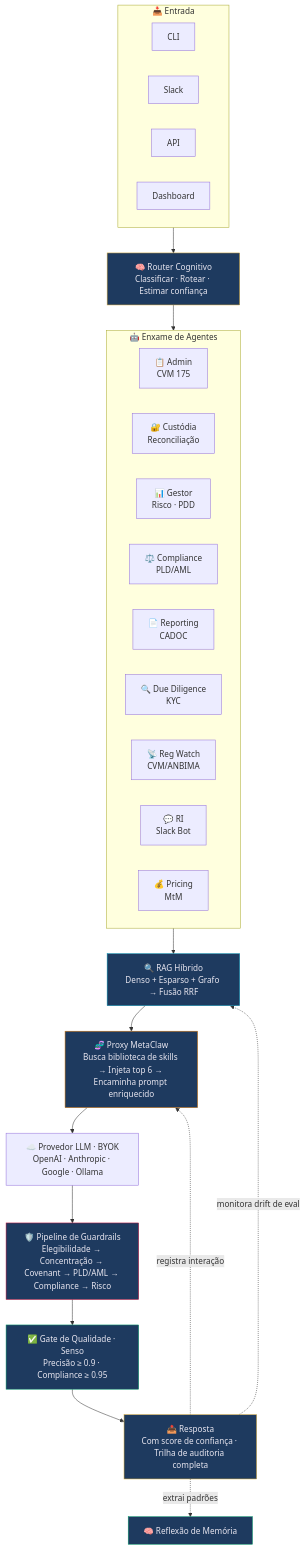
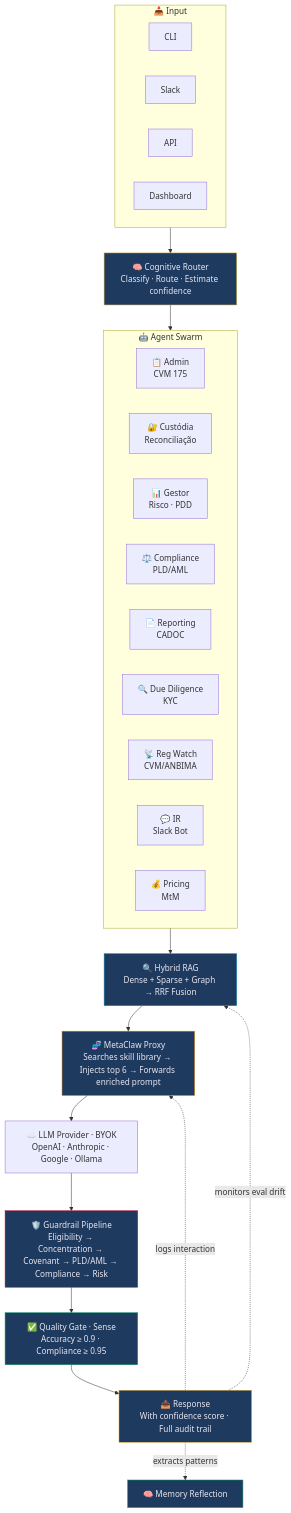
One commit to juboyy/paganini-aios changed the first of 3 diagrams in README.pt-BR.md. Above: the diagram before and after it, drawn with Mermaid. The commit also changed other lines of this file and 61 other files, not shown here.

````diff
--- a/README.pt-BR.md
+++ b/README.pt-BR.md
@@ -102,52 +101,52 @@
 ```mermaid
 flowchart TD
-    subgraph INPUT["📥 Entrada"]
+    subgraph INPUT["📥 Input"]
         CLI["CLI"] & Slack["Slack"] & API["API"] & Dash["Dashboard"]
     end
 
     INPUT --> Router
 
-    Router["🧠 Router Cognitivo\nClassificar · Rotear · Estimar confiança"]
+    Router["🧠 Cognitive Router\nClassify · Route · Estimate confidence"]
 
     Router --> Agents
 
-    subgraph Agents["🤖 Enxame de Agentes"]
+    subgraph Agents["🤖 Agent Swarm"]
         A1["📋 Admin\nCVM 175"] & A2["🔐 Custódia\nReconciliação"] & A3["📊 Gestor\nRisco · PDD"]
         A4["⚖️ Compliance\nPLD/AML"] & A5["📄 Reporting\nCADOC"] & A6["🔍 Due Diligence\nKYC"]
-        A7["📡 Reg Watch\nCVM/ANBIMA"] & A8["💬 RI\nSlack Bot"] & A9["💰 Pricing\nMtM"]
+        A7["📡 Reg Watch\nCVM/ANBIMA"] & A8["💬 IR\nSlack Bot"] & A9["💰 Pricing\nMtM"]
     end
 
     Agents --> RAG
 
-    RAG["🔍 RAG Híbrido\nDenso + Esparso + Grafo → Fusão RRF"]
+    RAG["🔍 Hybrid RAG\nDense + Sparse + Graph → RRF Fusion"]
 
     RAG --> MetaClaw
 
-    MetaClaw["🧬 Proxy MetaClaw\nBusca biblioteca de skills → Injeta top 6 → Encaminha prompt enriquecido"]
+    MetaClaw["🧬 MetaClaw Proxy\nSearches skill library → Injects top 6 → Forwards enriched prompt"]
 
     MetaClaw --> LLM
 
-    LLM["☁️ Provedor LLM · BYOK\nOpenAI · Anthropic · Google · Ollama"]
+    LLM["☁️ LLM Provider · BYOK\nOpenAI · Anthropic · Google · Ollama"]
 
     LLM --> Guards
 
-    Guards["🛡️ Pipeline de Guardrails\nElegibilidade → Concentração → Covenant → PLD/AML → Compliance → Risco"]
+    Guards["🛡️ Guardrail Pipeline\nEligibility → Concentration → Covenant → PLD/AML → Compliance → Risk"]
 
     Guards --> Sense
 
-    Sense["✅ Gate de Qualidade · Senso\nPrecisão ≥ 0.9 · Compliance ≥ 0.95"]
+    Sense["✅ Quality Gate · Sense\nAccuracy ≥ 0.9 · Compliance ≥ 0.95"]
 
-    Sense --> Response["📤 Resposta\nCom score de confiança · Trilha de auditoria completa"]
+    Sense --> Response["📤 Response\nWith confidence score · Full audit trail"]
 
-    Response -.->|"registra interação"| MetaClaw
-    Response -.->|"monitora drift de eval"| RAG
-    Response -.->|"extrai padrões"| Memory["🧠 Reflexão de Memória"]
+    Response -.->|"logs interaction"| MetaClaw
+    Response -.->|"monitors eval drift"| RAG
+    Response -.->|"extracts patterns"| Memory["🧠 Memory Reflection"]
 
     style Router fill:#1e3a5f,stroke:#d4a73a,color:#e8e6f0
     style MetaClaw fill:#1e3a5f,stroke:#d97706,color:#e8e6f0
     style Guards fill:#1e3a5f,stroke:#be123c,color:#e8e6f0
     style RAG fill:#1e3a5f,stroke:#0891b2,color:#e8e6f0
     style Sense fill:#1e3a5f,stroke:#059669,color:#e8e6f0
     style Response fill:#1e3a5f,stroke:#d4a73a,color:#e8e6f0
     style Memory fill:#1e3a5f,stroke:#059669,color:#e8e6f0
 ```
````
